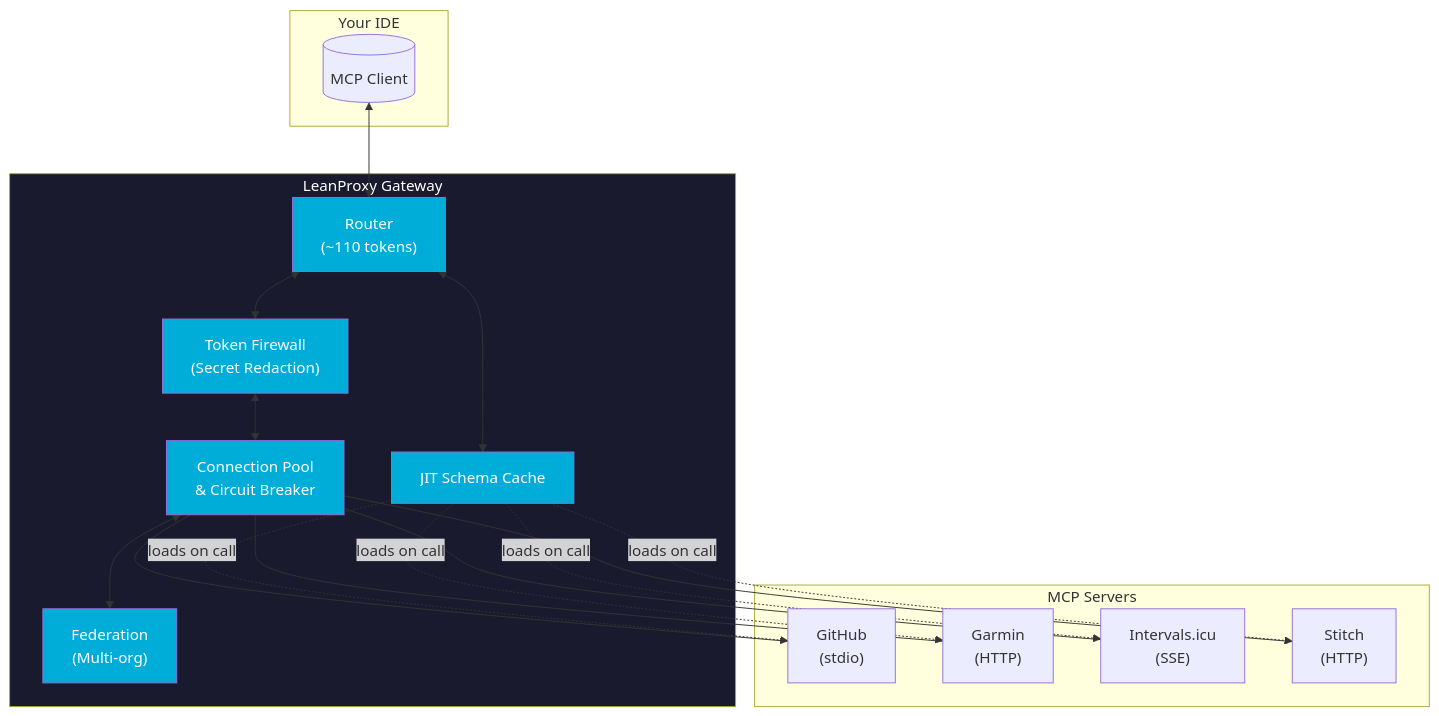
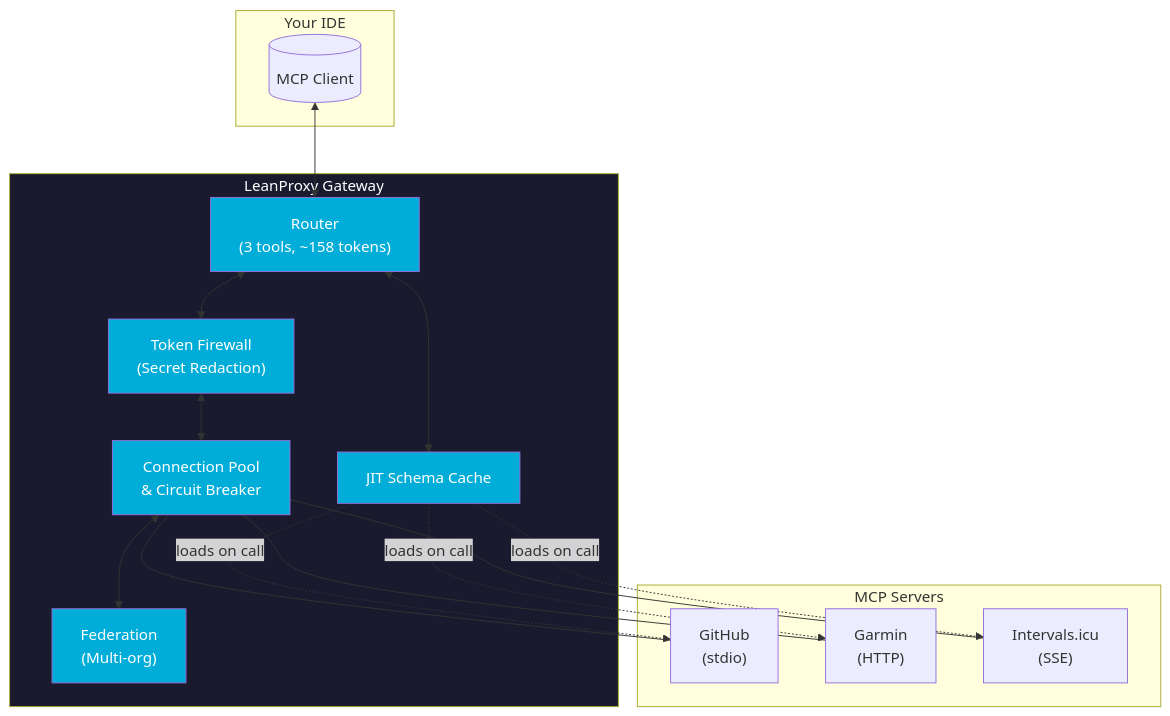
The third of 3 diagrams in README.md (mmornati/leanproxy-mcp), drawn with Mermaid before and after one commit. The commit also changed other lines of this file and 2 other files, not shown here.

````diff
--- a/README.md
+++ b/README.md
@@ -194,44 +213,41 @@
 ```mermaid
 flowchart TB
     subgraph IDE["Your IDE"]
         Client[(MCP Client)]
     end
 
     subgraph Gateway["LeanProxy Gateway"]
-        Router["Router<br/>(~110 tokens)"]
+        Router["Router<br/>(3 tools, ~158 tokens)"]
         JIT["JIT Schema Cache"]
         Firewall["Token Firewall<br/>(Secret Redaction)"]
         Pool["Connection Pool<br/>& Circuit Breaker"]
         Federation["Federation<br/>(Multi-org)"]
     end
 
     subgraph Servers["MCP Servers"]
         GH["GitHub<br/>(stdio)"]
         Garmin["Garmin<br/>(HTTP)"]
         Intervals["Intervals.icu<br/>(SSE)"]
-        Stitch["Stitch<br/>(HTTP)"]
     end
 
     Client <--> Router
     Router <--> JIT
     Router <--> Firewall
     Firewall <--> Pool
     Pool <--> Federation
 
     Pool --- GH
     Pool --- Garmin
     Pool --- Intervals
-    Pool --- Stitch
 
     JIT -.->|"loads on call"| GH
     JIT -.->|"loads on call"| Garmin
     JIT -.->|"loads on call"| Intervals
-    JIT -.->|"loads on call"| Stitch
 
     style Gateway fill:#1a1a2e,color:#fff
     style Router fill:#00ADD8,color:#fff
     style JIT fill:#00ADD8,color:#fff
     style Firewall fill:#00ADD8,color:#fff
     style Pool fill:#00ADD8,color:#fff
     style Federation fill:#00ADD8,color:#fff
 ```
````
